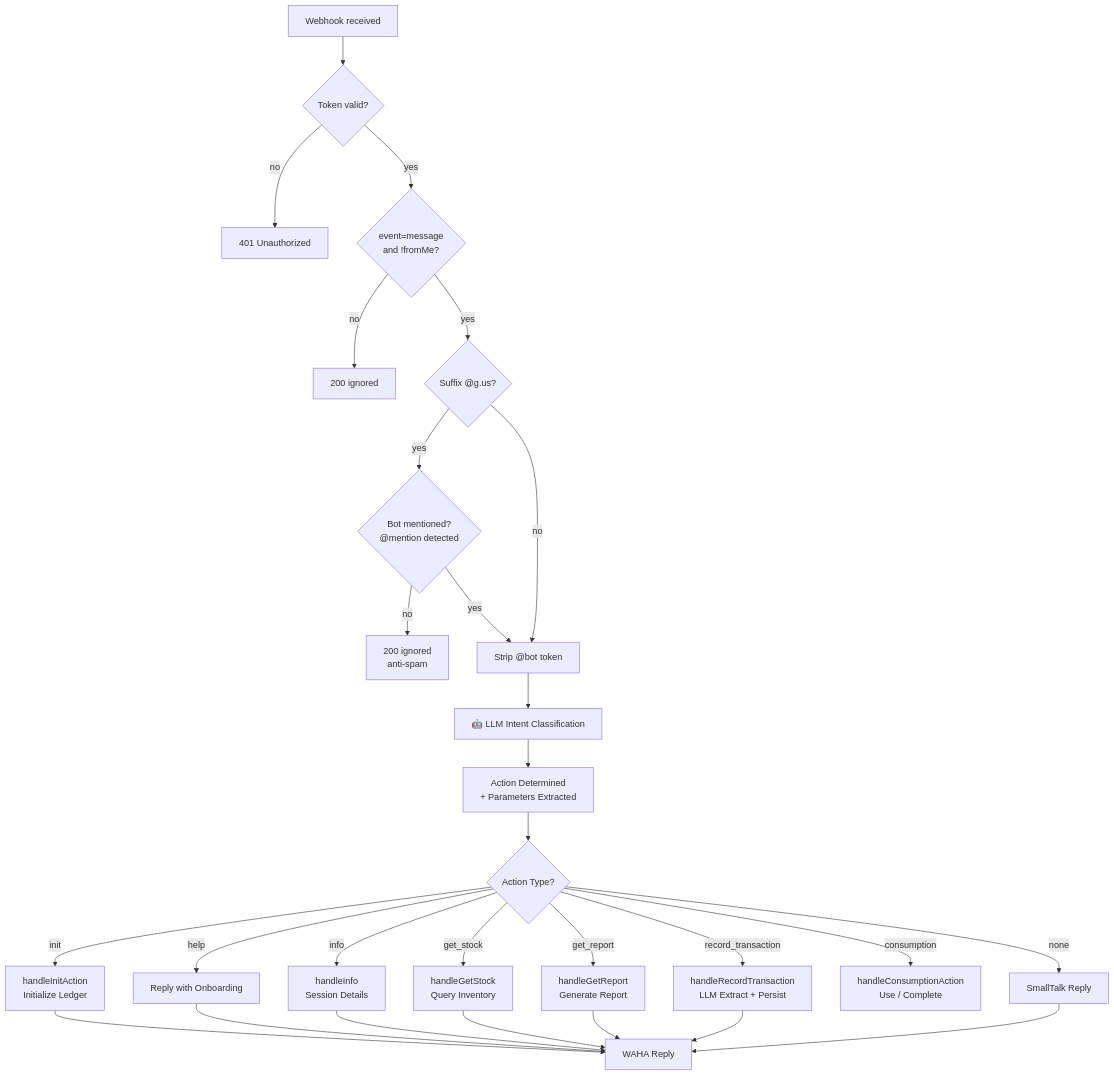
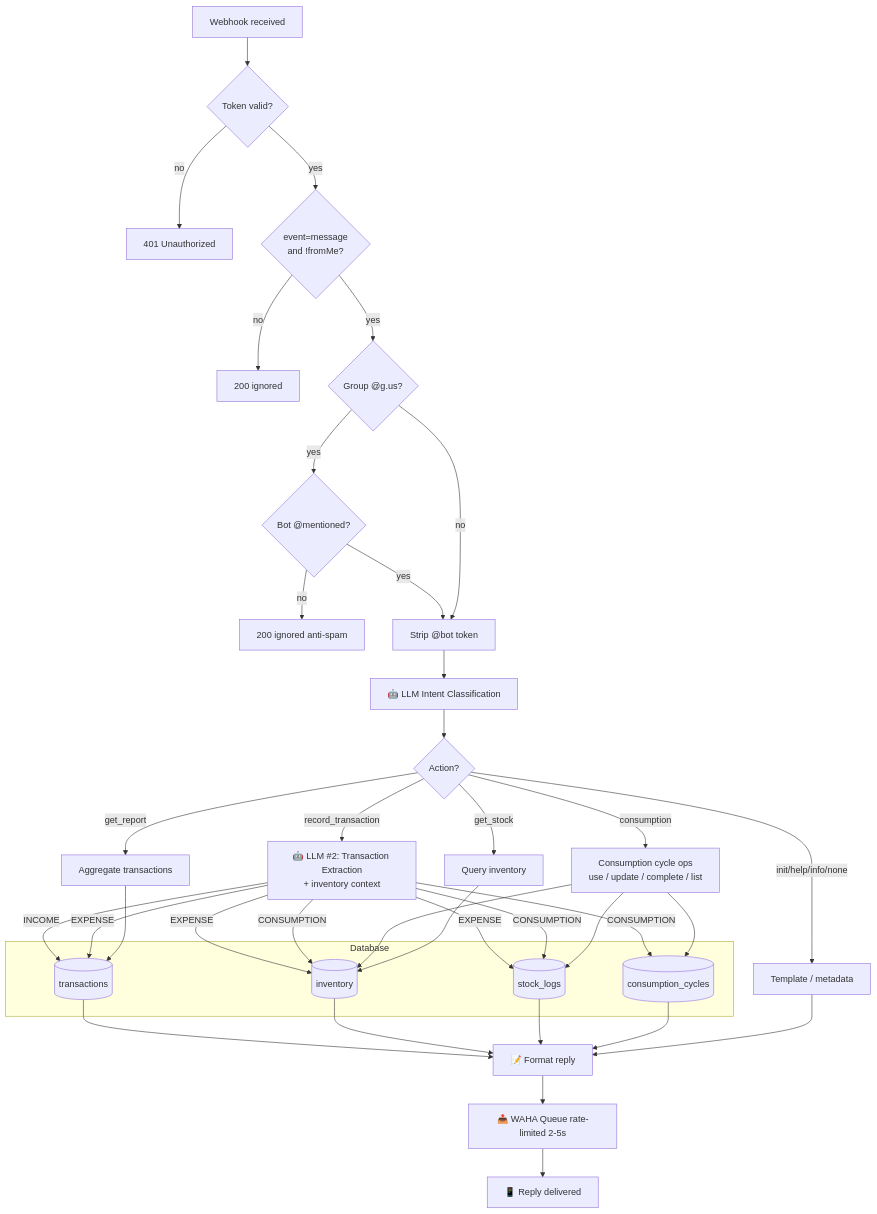
The third of 4 diagrams in README.md (skyapps-id/smart-ledger-agent), drawn with Mermaid before and after one commit. The commit also changed other lines of this file, not shown here.

````diff
--- a/README.md
+++ b/README.md
@@ -71,30 +71,41 @@
 ```mermaid
 flowchart TD
     A[Webhook received] --> B{Token valid?}
     B -- no --> X1[401 Unauthorized]
     B -- yes --> C{event=message<br/>and !fromMe?}
     C -- no --> X2[200 ignored]
-    C -- yes --> D{Suffix @g.us?}
-    D -- yes --> E{Bot mentioned?<br/>@mention detected}
-    E -- no --> X3[200 ignored<br/>anti-spam]
+    C -- yes --> D{Group @g.us?}
+    D -- yes --> E{Bot @mentioned?}
+    E -- no --> X3[200 ignored anti-spam]
     E -- yes --> F[Strip @bot token]
     D -- no --> F
+
     F --> G[🤖 LLM Intent Classification]
-    G --> H[Action Determined<br/>+ Parameters Extracted]
-    H --> I{Action Type?}
-    I -- init --> J[handleInitAction<br/>Initialize Ledger]
-    I -- help --> K[Reply with Onboarding]
-    I -- info --> L[handleInfo<br/>Session Details]
-    I -- get_stock --> M[handleGetStock<br/>Query Inventory]
-    I -- get_report --> N[handleGetReport<br/>Generate Report]
-    I -- record_transaction --> O[handleRecordTransaction<br/>LLM Extract + Persist]
-    I -- consumption --> R[handleConsumptionAction<br/>Use / Complete]
-    I -- none --> P[SmallTalk Reply]
-    J --> Q[WAHA Reply]
-    K --> Q
-    L --> Q
-    M --> Q
-    N --> Q
-    O --> Q
-    P --> Q
+    G --> H{Action?}
+
+    H -- record_transaction --> I1[🤖 LLM #2: Transaction Extraction<br/>+ inventory context]
+
+    subgraph DB[Database]
+        DB1[(transactions)]
+        DB2[(inventory)]
+        DB3[(stock_logs)]
+        DB4[(consumption_cycles)]
+    end
+
+    I1 -- INCOME --> DB1
+    I1 -- EXPENSE --> DB1 & DB2 & DB3
+    I1 -- CONSUMPTION --> DB2 & DB3 & DB4
+
+    H -- consumption --> I2[Consumption cycle ops<br/>use / update / complete / list]
+    I2 --> DB4 & DB2 & DB3
+
+    H -- get_stock --> I3[Query inventory]
+    I3 --> DB2
+    H -- get_report --> I4[Aggregate transactions]
+    I4 --> DB1
+    H -- init/help/info/none --> I5[Template / metadata]
+
+    DB1 & DB2 & DB3 & DB4 & I5 --> R
+    R[📝 Format reply] --> S[📤 WAHA Queue rate-limited 2-5s]
+    S --> T[📱 Reply delivered]
 ```
````
